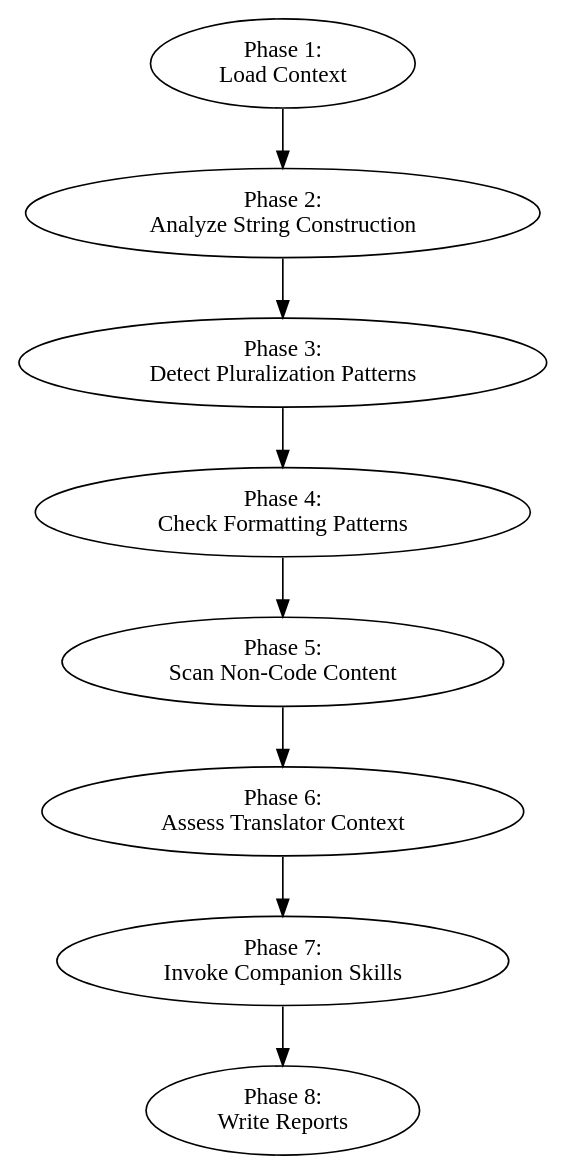
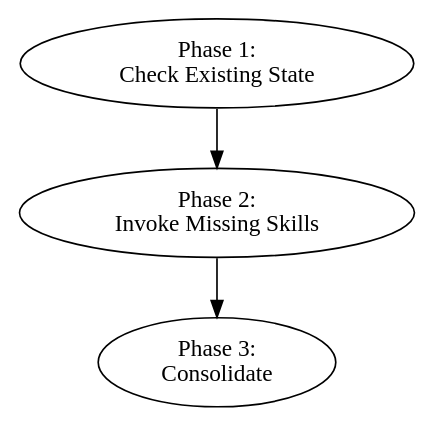
One commit to benjanes/i18n-skills changed the diagram in skills/auditing-i18n-readiness/SKILL.md. Above: the diagram before and after it, drawn with Graphviz. The commit also changed other lines of this file and 2 other files, not shown here.

````diff
--- a/skills/auditing-i18n-readiness/SKILL.md
+++ b/skills/auditing-i18n-readiness/SKILL.md
@@ -59,11 +36,6 @@
 ```dot
 digraph readiness {
-    "Phase 1:\nLoad Context" -> "Phase 2:\nAnalyze String Construction";
-    "Phase 2:\nAnalyze String Construction" -> "Phase 3:\nDetect Pluralization Patterns";
-    "Phase 3:\nDetect Pluralization Patterns" -> "Phase 4:\nCheck Formatting Patterns";
-    "Phase 4:\nCheck Formatting Patterns" -> "Phase 5:\nScan Non-Code Content";
-    "Phase 5:\nScan Non-Code Content" -> "Phase 6:\nAssess Translator Context";
-    "Phase 6:\nAssess Translator Context" -> "Phase 7:\nInvoke Companion Skills";
-    "Phase 7:\nInvoke Companion Skills" -> "Phase 8:\nWrite Reports";
+    "Phase 1:\nCheck Existing State" -> "Phase 2:\nInvoke Missing Skills";
+    "Phase 2:\nInvoke Missing Skills" -> "Phase 3:\nConsolidate";
 }
 ```
````
